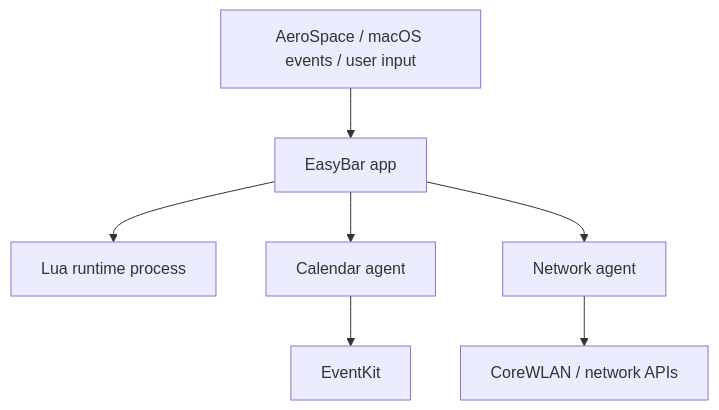
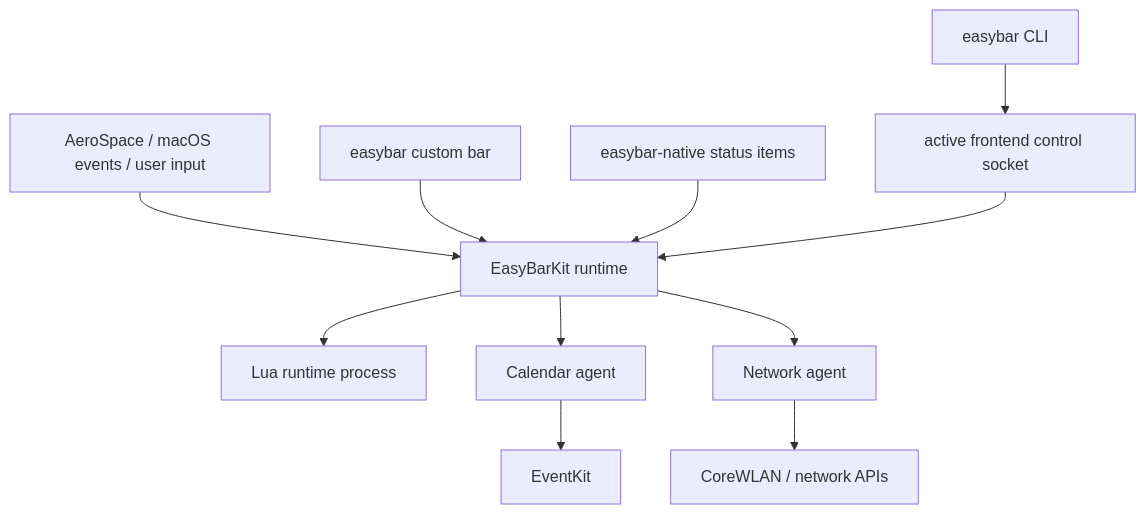
One commit to easybar-app/docs changed the diagram in content/internals/architecture/overview.md. Above: the diagram before and after it, drawn with Mermaid. The commit also changed other lines of this file and 26 other files, not shown here.

Commit message:
docs: document the EasyBarKit frontend split

````diff
--- a/content/internals/architecture/overview.md
+++ b/content/internals/architecture/overview.md
@@ -15,11 +18,17 @@
 ```mermaid
 flowchart TB
-    Input["AeroSpace / macOS events / user input"] --> App["EasyBar app"]
+    Input["AeroSpace / macOS events / user input"] --> Kit["EasyBarKit runtime"]
 
-    App --> Lua["Lua runtime process"]
-    App --> Calendar["Calendar agent"]
-    App --> Network["Network agent"]
+    Custom["easybar custom bar"] --> Kit
+    Native["easybar-native status items"] --> Kit
+
+    Kit --> Lua["Lua runtime process"]
+    Kit --> Calendar["Calendar agent"]
+    Kit --> Network["Network agent"]
 
     Calendar --> EventKit["EventKit"]
     Network --> CoreWLAN["CoreWLAN / network APIs"]
+
+    CLI["easybar CLI"] --> Control["active frontend control socket"]
+    Control --> Kit
 ```
````
